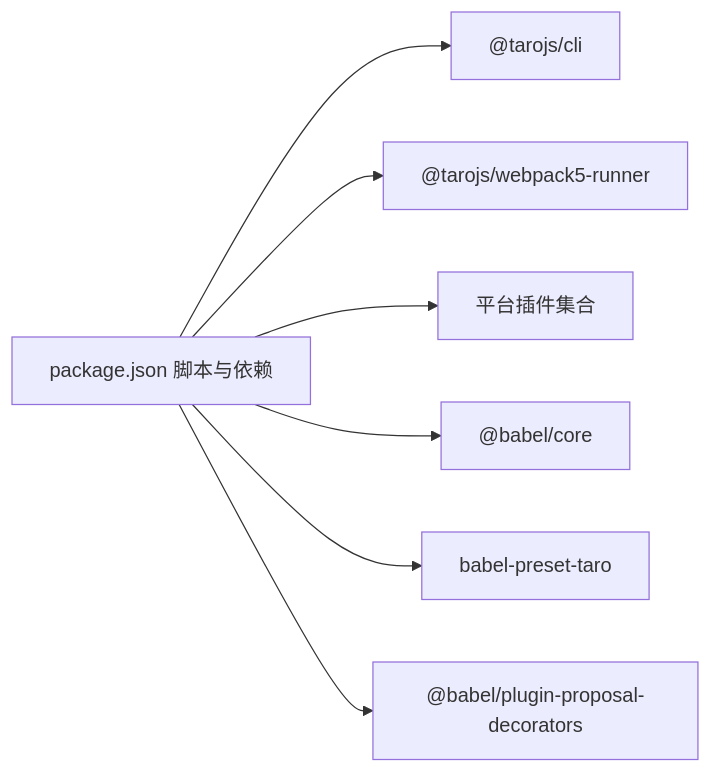
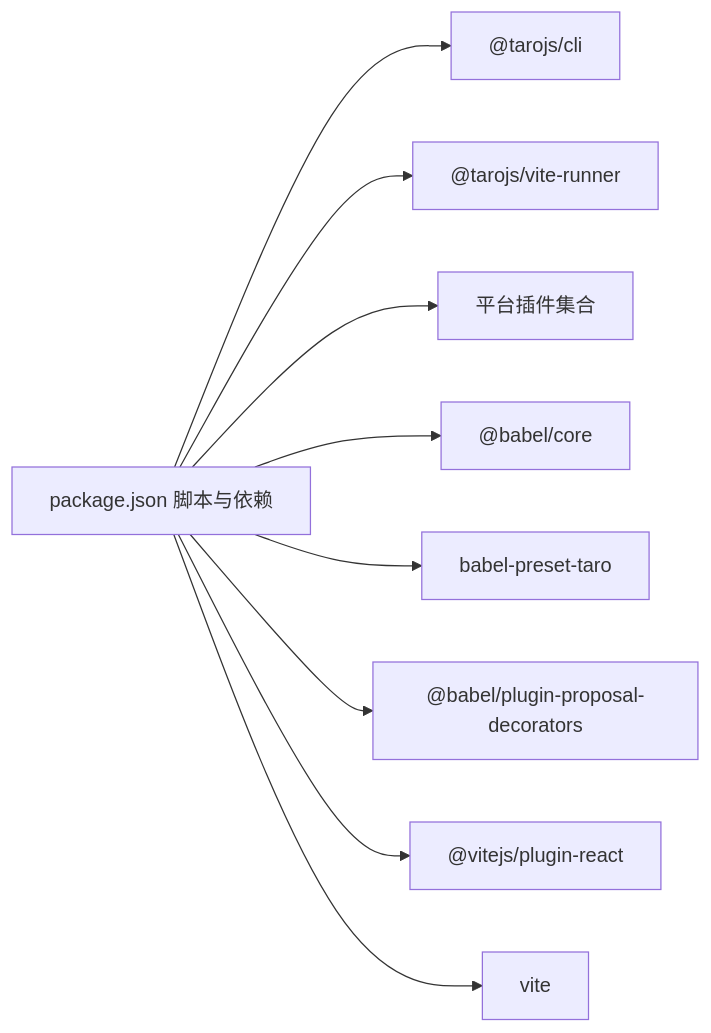
Before and after one commit to zuolinbao/redbook: diagram 11 of 11 in .qoder/repowiki/zh/content/架构设计/构建配置系统.md, drawn with Mermaid. The commit also changed other lines of this file and 23 other files, not shown here.

````diff
--- a/.qoder/repowiki/zh/content/架构设计/构建配置系统.md
+++ b/.qoder/repowiki/zh/content/架构设计/构建配置系统.md
@@ -328,9 +369,11 @@
 ```mermaid
 graph LR
 Pkg["package.json 脚本与依赖"] --> CLI["@tarojs/cli"]
-Pkg --> Runner["@tarojs/webpack5-runner"]
+Pkg --> ViteRunner["@tarojs/vite-runner"]
 Pkg --> Plugins["平台插件集合"]
 Pkg --> BabelCore["@babel/core"]
 Pkg --> BabelPreset["babel-preset-taro"]
 Pkg --> Decorators["@babel/plugin-proposal-decorators"]
+Pkg --> Vite["@vitejs/plugin-react"]
+Pkg --> ViteCore["vite"]
 ```
````
